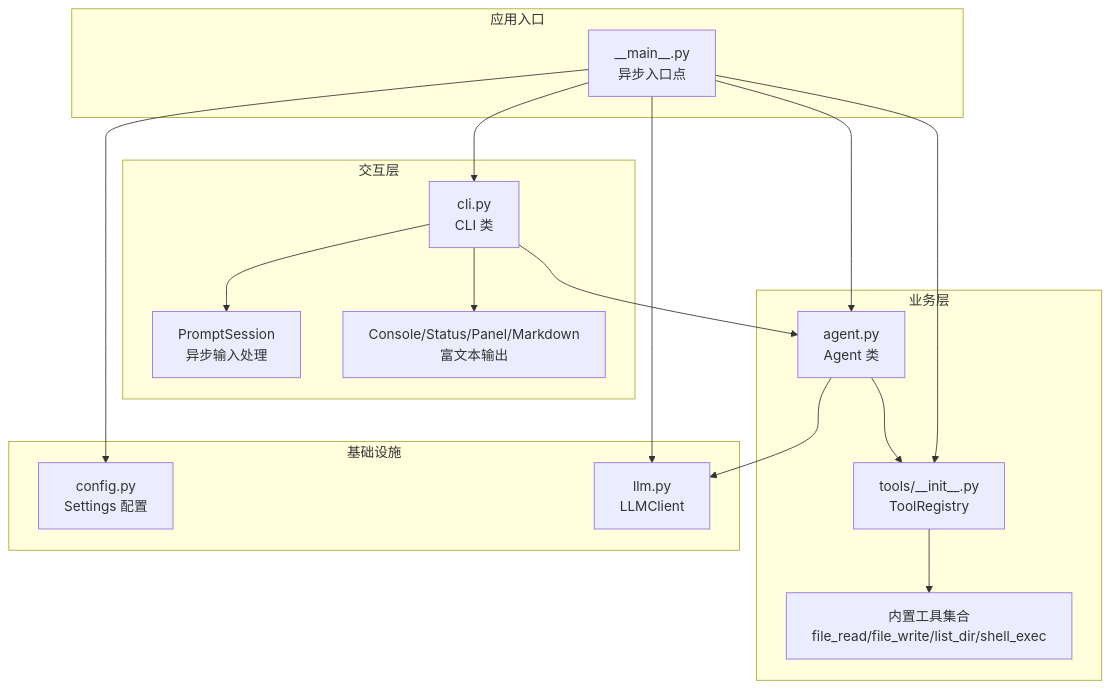
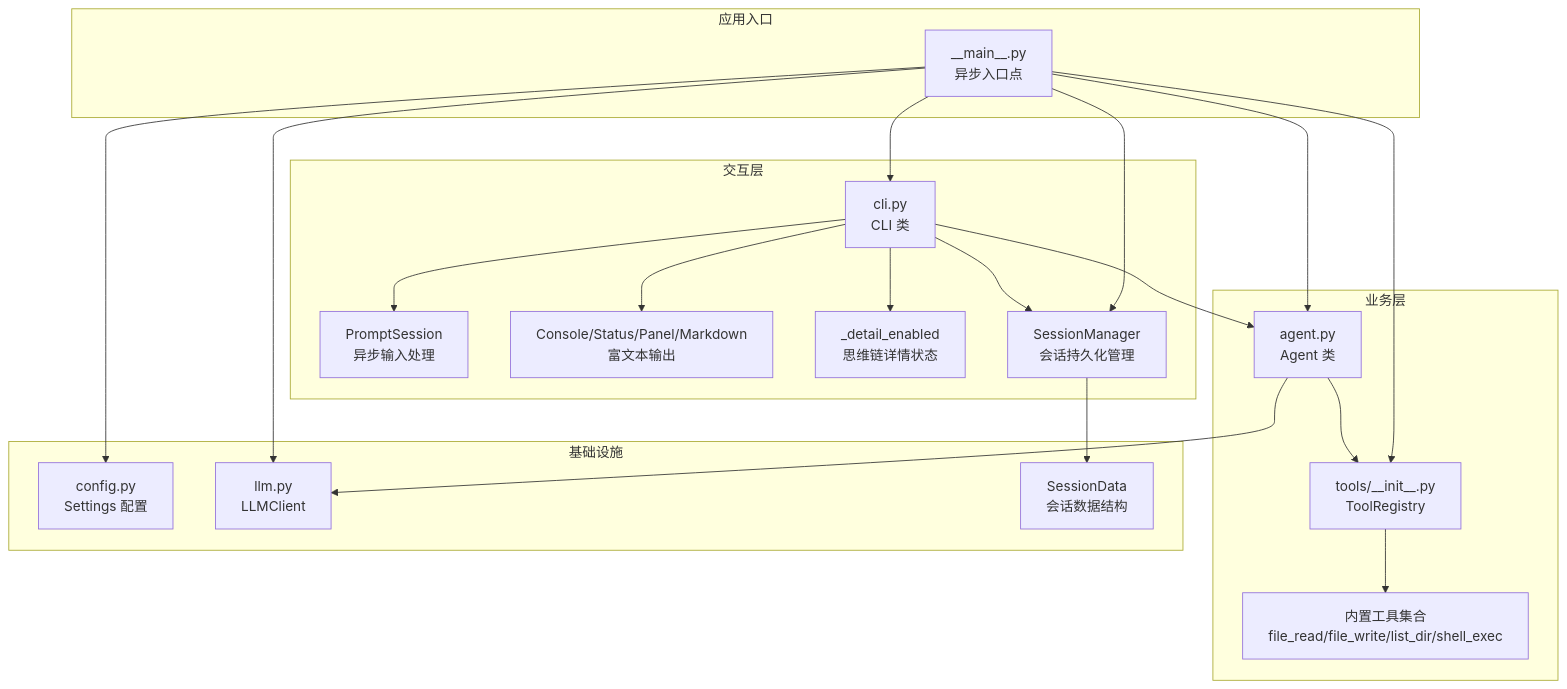
One commit to 250shiwo/MySmallAgent changed the first of 3 diagrams in .qoder/repowiki/zh/content/核心模块详解/CLI 交互层.md. Above: the diagram before and after it, drawn with Mermaid. The commit also changed other lines of this file and 34 other files, not shown here.

````diff
--- a/.qoder/repowiki/zh/content/核心模块详解/CLI 交互层.md
+++ b/.qoder/repowiki/zh/content/核心模块详解/CLI 交互层.md
@@ -64,31 +70,38 @@
 ```mermaid
 graph TB
 subgraph "应用入口"
 Main["__main__.py<br/>异步入口点"]
 end
 subgraph "交互层"
 CLI["cli.py<br/>CLI 类"]
 Session["PromptSession<br/>异步输入处理"]
 Console["Console/Status/Panel/Markdown<br/>富文本输出"]
+DetailState["_detail_enabled<br/>思维链详情状态"]
+SessionManager["SessionManager<br/>会话持久化管理"]
 end
 subgraph "业务层"
 Agent["agent.py<br/>Agent 类"]
 Registry["tools/__init__.py<br/>ToolRegistry"]
 Tools["内置工具集合<br/>file_read/file_write/list_dir/shell_exec"]
 end
 subgraph "基础设施"
 Config["config.py<br/>Settings 配置"]
 LLM["llm.py<br/>LLMClient"]
+SessionData["SessionData<br/>会话数据结构"]
 end
 Main --> Config
 Main --> LLM
 Main --> Registry
 Main --> Agent
+Main --> SessionManager
 Main --> CLI
 CLI --> Session
 CLI --> Console
+CLI --> DetailState
+CLI --> SessionManager
 CLI --> Agent
 Agent --> LLM
 Agent --> Registry
 Registry --> Tools
+SessionManager --> SessionData
 ```
````
